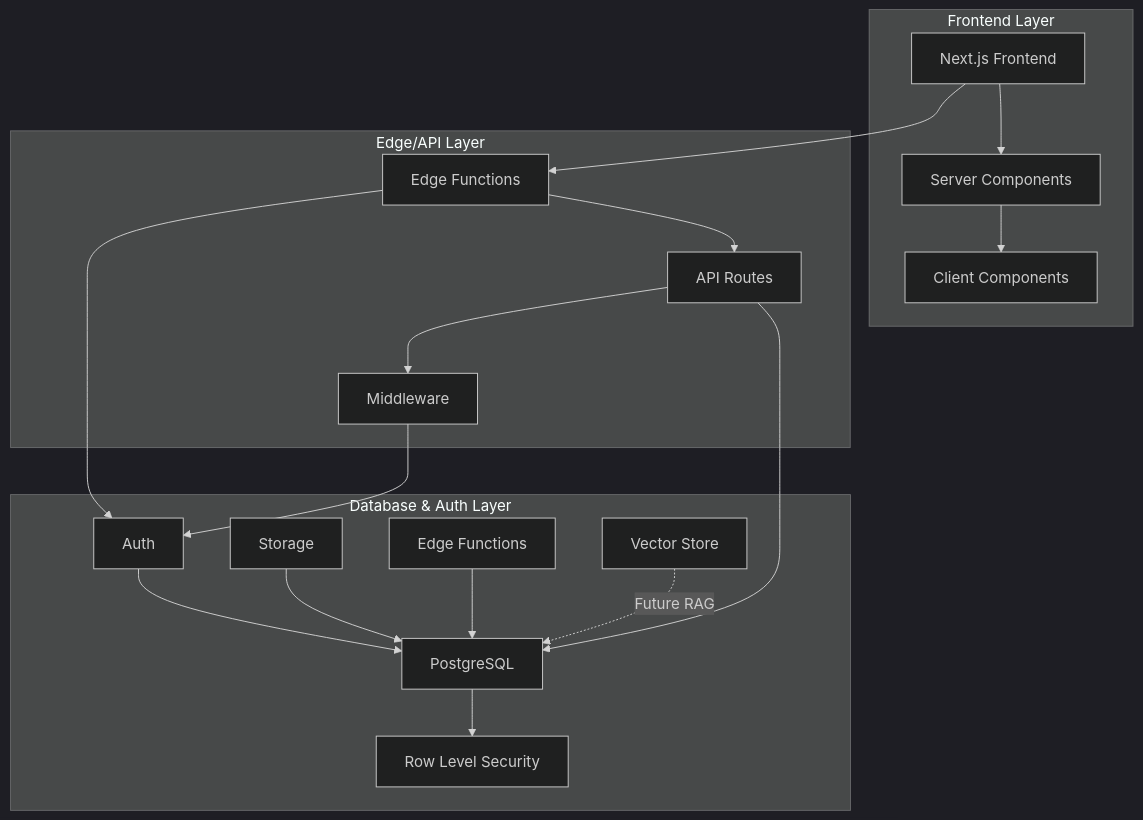
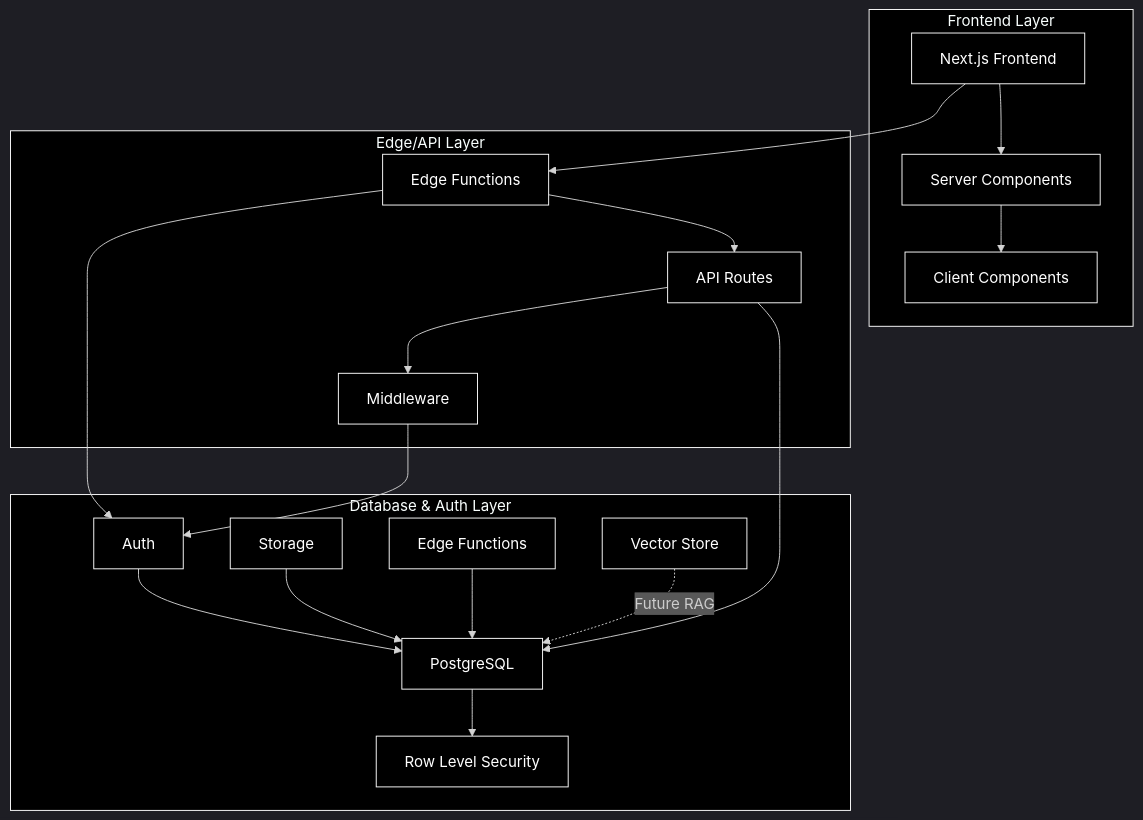
Before and after one commit to ebrinz/non-profit-template: the diagram in README.md, drawn with Mermaid.

Commit message:
Format mermaid flowchart

````diff
--- a/README.md
+++ b/README.md
@@ -47,27 +47,32 @@
 ```mermaid
 %%{init: {'theme': 'dark'}}%%
 graph TD
 
 subgraph Client["Frontend Layer"]
+style Client fill:#000000,stroke:#ffffff
 A[Next.js Frontend] --> B[Server Components]
 B --> C[Client Components]
 end
 
 subgraph Vercel["Edge/API Layer"]
+style Vercel fill:#000000,stroke:#ffffff
 D[Edge Functions] --> E[API Routes]
 E --> F[Middleware]
 end
 
 subgraph Data["Database & Auth Layer"]
+style Data fill:#000000,stroke:#ffffff
 G[Auth] --> H[PostgreSQL]
 H --> I[Row Level Security]
 J[Storage] --> H
 K[Edge Functions] --> H
 L[Vector Store] -.Future RAG.-> H
 end
 
 A --> D
 D --> G
 E --> H
 F --> G
+
+classDef default fill:#000000,stroke:#ffffff,color:#ffffff
 ```
````
